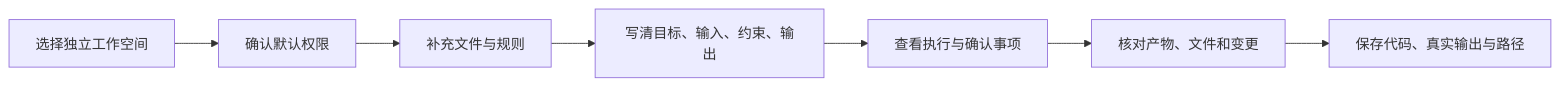
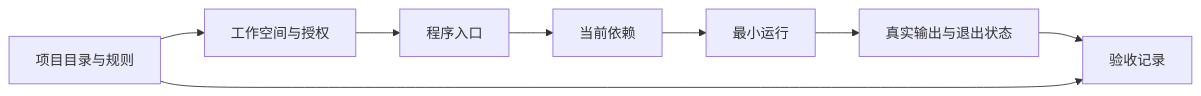
Before and after one commit to luvega/AI_MED_DataVis: the diagram in docs/chapters/chapter-2/index.md, drawn with Mermaid. The commit also changed other lines of this file and 80 other files, not shown here.

````diff
--- a/docs/chapters/chapter-2/index.md
+++ b/docs/chapters/chapter-2/index.md
@@ -44,9 +179,10 @@
 ```mermaid
 flowchart LR
-  A["选择独立工作空间"] --> B["确认默认权限"]
-  B --> C["补充文件与规则"]
-  C --> D["写清目标、输入、约束、输出"]
-  D --> E["查看执行与确认事项"]
-  E --> F["核对产物、文件和变更"]
-  F --> G["保存代码、真实输出与路径"]
+A[工作空间与授权] --> B[程序入口]
+B --> C[当前依赖]
+C --> D[最小运行]
+D --> E[真实输出与退出状态]
+E --> F[验收记录]
+G[项目目录与规则] --> A
+G --> F
 ```
````
